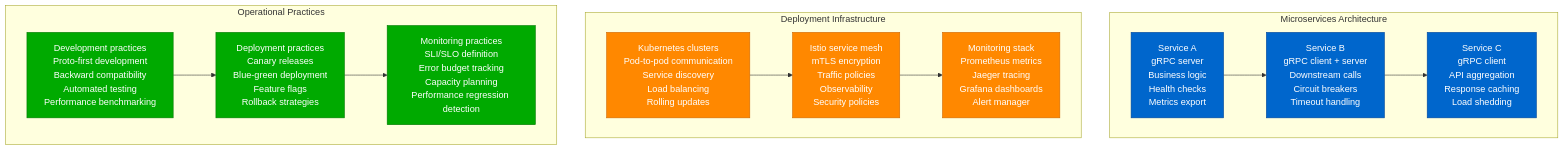
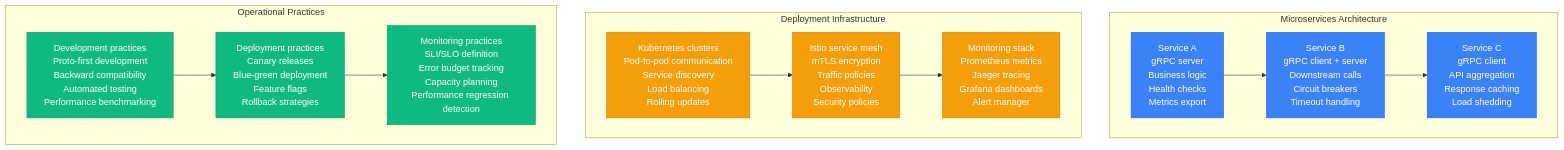
Before and after one commit to deepaucksharma/DS: diagram 12 of 13 in site/docs/performance/grpc-performance-profile.md, drawn with Mermaid. The commit also changed other lines of this file and 303 other files, not shown here.

````diff
--- a/site/docs/performance/grpc-performance-profile.md
+++ b/site/docs/performance/grpc-performance-profile.md
@@ -469,40 +469,40 @@
 ```mermaid
 graph TB
     subgraph "Microservices Architecture"
         MICRO1[Service A<br/>gRPC server<br/>Business logic<br/>Health checks<br/>Metrics export]
 
         MICRO2[Service B<br/>gRPC client + server<br/>Downstream calls<br/>Circuit breakers<br/>Timeout handling]
 
         MICRO3[Service C<br/>gRPC client<br/>API aggregation<br/>Response caching<br/>Load shedding]
 
         MICRO1 --> MICRO2 --> MICRO3
     end
 
     subgraph "Deployment Infrastructure"
         INFRA1[Kubernetes clusters<br/>Pod-to-pod communication<br/>Service discovery<br/>Load balancing<br/>Rolling updates]
 
         INFRA2[Istio service mesh<br/>mTLS encryption<br/>Traffic policies<br/>Observability<br/>Security policies]
 
         INFRA3[Monitoring stack<br/>Prometheus metrics<br/>Jaeger tracing<br/>Grafana dashboards<br/>Alert manager]
 
         INFRA1 --> INFRA2 --> INFRA3
     end
 
     subgraph "Operational Practices"
         OPS1[Development practices<br/>Proto-first development<br/>Backward compatibility<br/>Automated testing<br/>Performance benchmarking]
 
         OPS2[Deployment practices<br/>Canary releases<br/>Blue-green deployment<br/>Feature flags<br/>Rollback strategies]
 
         OPS3[Monitoring practices<br/>SLI/SLO definition<br/>Error budget tracking<br/>Capacity planning<br/>Performance regression detection]
 
         OPS1 --> OPS2 --> OPS3
     end
 
-    classDef microStyle fill:#0066CC,stroke:#004499,color:#fff
-    classDef infraStyle fill:#FF8800,stroke:#CC6600,color:#fff
-    classDef opsStyle fill:#00AA00,stroke:#007700,color:#fff
+    classDef microStyle fill:#3B82F6,stroke:#2563EB,color:#fff
+    classDef infraStyle fill:#F59E0B,stroke:#D97706,color:#fff
+    classDef opsStyle fill:#10B981,stroke:#059669,color:#fff
 
     class MICRO1,MICRO2,MICRO3 microStyle
     class INFRA1,INFRA2,INFRA3 infraStyle
     class OPS1,OPS2,OPS3 opsStyle
 ```
````
